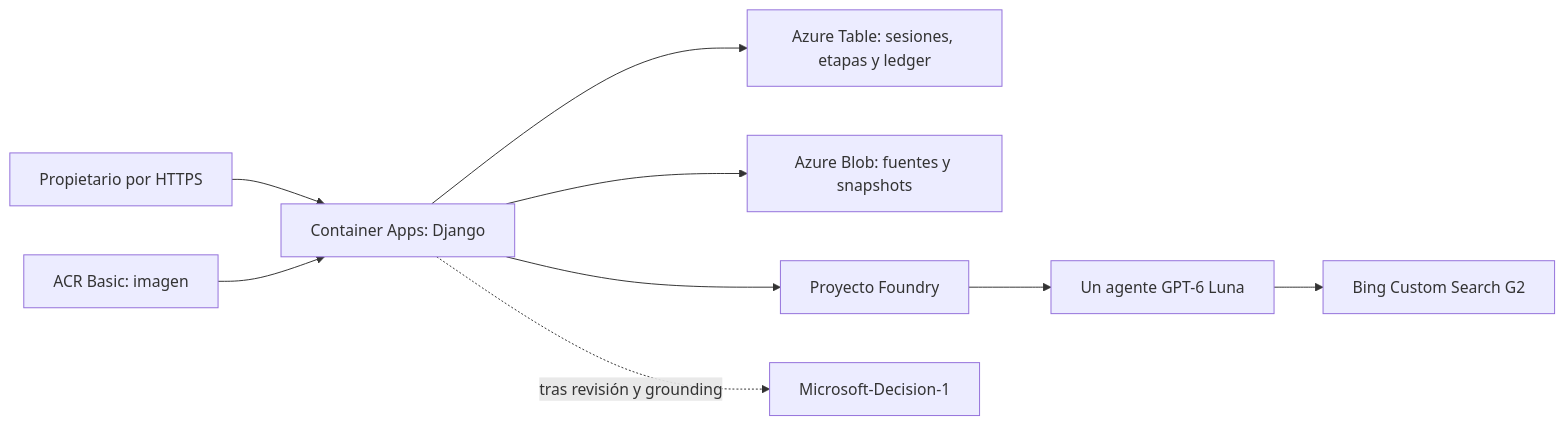
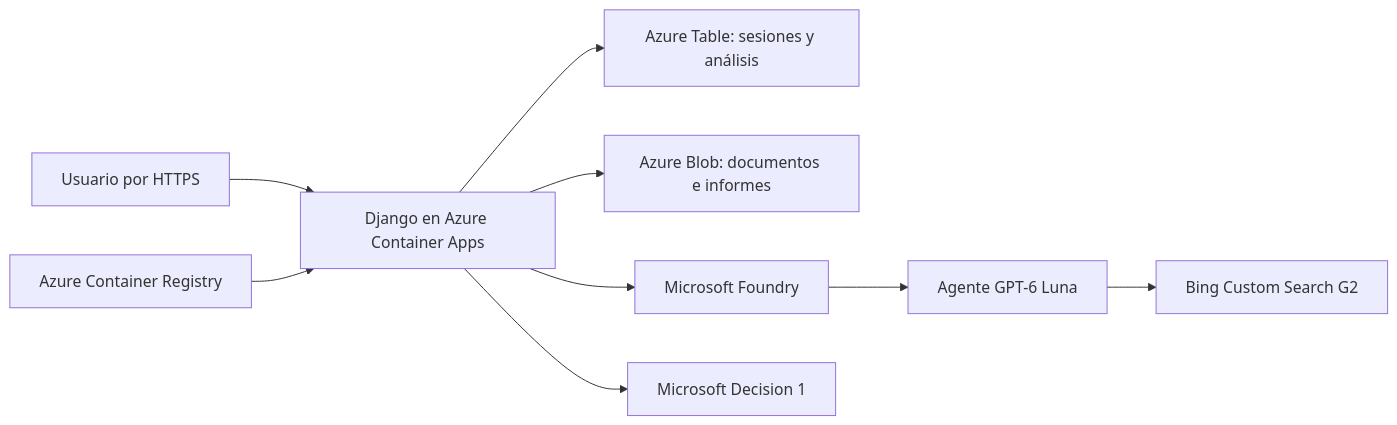
Before and after one commit to sboludaf/foundry-django-upgrade-evidence-lab: the diagram in README.md, drawn with Mermaid. The commit also changed other lines of this file and 11 other files, not shown here.

````diff
--- a/README.md
+++ b/README.md
@@ -142,11 +84,11 @@
 ```mermaid
 flowchart LR
-  U[Propietario por HTTPS] --> W[Container Apps: Django]
-  W --> T[Azure Table: sesiones, etapas y ledger]
-  W --> B[Azure Blob: fuentes y snapshots]
-  ACR[ACR Basic: imagen] --> W
-  W --> F[Proyecto Foundry]
-  F --> L[Un agente GPT-6 Luna]
-  L --> G[Bing Custom Search G2]
-  W -. tras revisión y grounding .-> D[Microsoft-Decision-1]
+    U[Usuario por HTTPS] --> W[Django en Azure Container Apps]
+    A[Azure Container Registry] --> W
+    W --> T[Azure Table: sesiones y análisis]
+    W --> B[Azure Blob: documentos e informes]
+    W --> F[Microsoft Foundry]
+    F --> G[Agente GPT-6 Luna]
+    G --> S[Bing Custom Search G2]
+    W --> D[Microsoft Decision 1]
 ```
````
